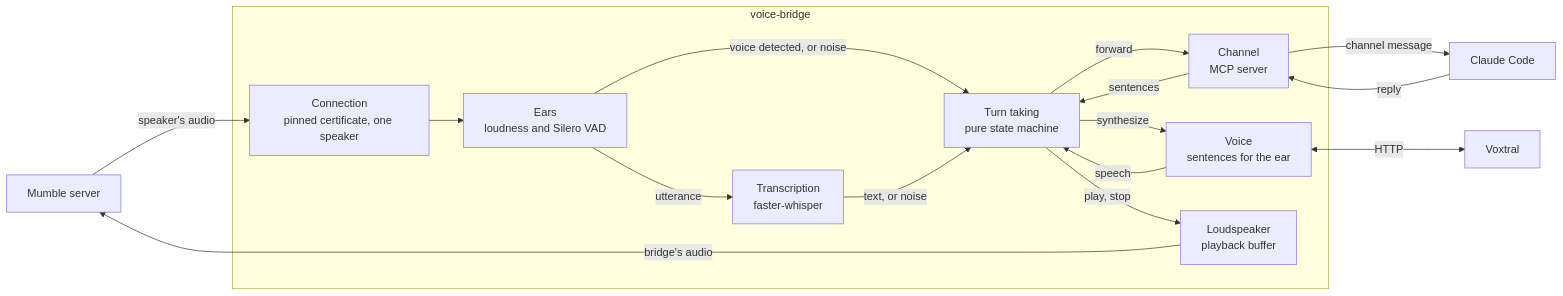
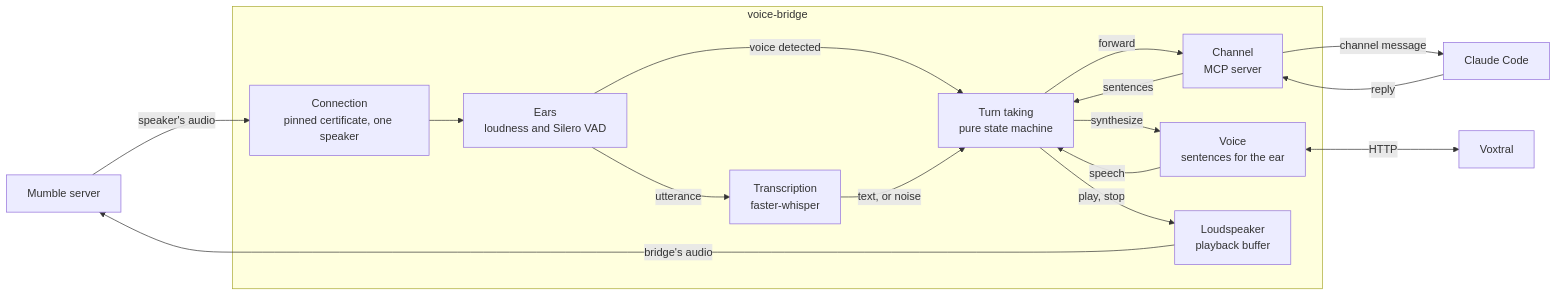
Before and after one commit to marc-gavanier/voice-bridge: the third of 3 diagrams in README.md, drawn with Mermaid. The commit also changed 1 other file, not shown here.

Commit message:
fix: stop resuming a paused reply when a short sound is dismissed
Since f61f1bc a sound dismissed as too short reached turn taking as noise and resumed the reply paused by an interruption. That was meant for an interruption made by the dismissed sound itself, which cannot happen: interrupting takes barge_in (0.5 s) of voice within the last barge_window, and the hearing settings now guarantee that all of that voice belongs to the open utterance, so it holds more than shortest_voice (0.3 s) and is kept. The one exception is an utterance cut at longest (30 s) while the speaker is still talking, whose voice stays in the window for the next one; a reply would then wait for the next transcript.

The resume could still fire on another sound, and then it did harm. After an interruption the interrupting utterance is kept and goes to Whisper; a short click dismissed before its transcript returns resumed the reply too early, and the transcript then reached Claude marked as not interrupted while the reply went on playing.

A reply is now resumed only when Whisper's transcript is filtered out as noise. A dismissed sound is still logged with its length and its voice.

````diff
--- a/README.md
+++ b/README.md
@@ -178,25 +178,25 @@
 ```mermaid
 flowchart LR
     mumble["Mumble server"]
     subgraph bridge["voice-bridge"]
         connection["Connection<br/>pinned certificate, one speaker"]
         ears["Ears<br/>loudness and Silero VAD"]
         whisper["Transcription<br/>faster-whisper"]
         turns["Turn taking<br/>pure state machine"]
         channel["Channel<br/>MCP server"]
         mouth["Voice<br/>sentences for the ear"]
         loudspeaker["Loudspeaker<br/>playback buffer"]
     end
     claude["Claude Code"]
     voxtral["Voxtral"]
 
     mumble -->|"speaker's audio"| connection --> ears
     ears -->|"utterance"| whisper
-    ears -->|"voice detected, or noise"| turns
+    ears -->|"voice detected"| turns
     whisper -->|"text, or noise"| turns
     turns -->|"forward"| channel -->|"channel message"| claude
     claude -->|"reply"| channel -->|"sentences"| turns
     turns -->|"synthesize"| mouth <-->|"HTTP"| voxtral
     mouth -->|"speech"| turns
     turns -->|"play, stop"| loudspeaker -->|"bridge's audio"| mumble
 ```
````
